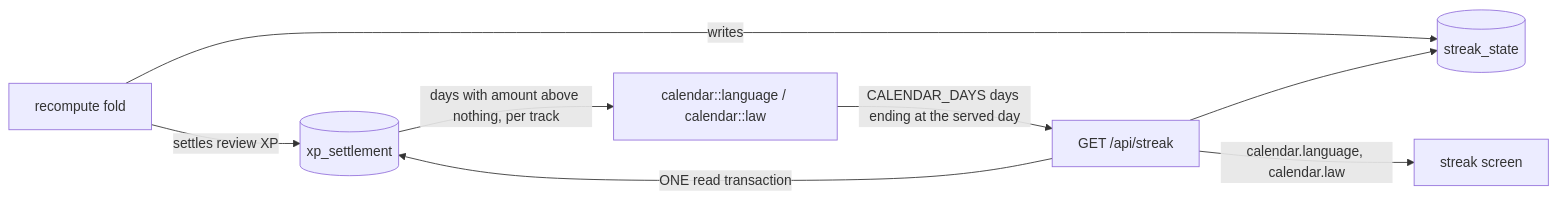
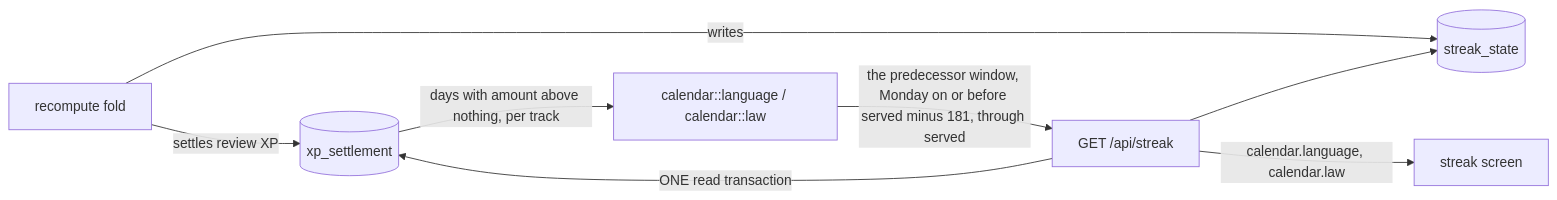
The diagram in docs/schematics/streak-calendar-markers.md (RexRenatus/deck-streak), drawn with Mermaid before and after one commit. The commit also changed other lines of this file and 4 other files, not shown here.

Commit message:
docs(streak): bind the predecessor's window and the law break day

````diff
--- a/docs/schematics/streak-calendar-markers.md
+++ b/docs/schematics/streak-calendar-markers.md
@@ -5,10 +5,10 @@
 ```mermaid
 flowchart LR
   F[recompute fold] -->|settles review XP| X[(xp_settlement)]
   F -->|writes| S[(streak_state)]
   R[GET /api/streak] -->|ONE read transaction| X
   R --> S
   X -->|days with amount above nothing, per track| C[calendar::language / calendar::law]
-  C -->|CALENDAR_DAYS days ending at the served day| R
+  C -->|the predecessor window, Monday on or before served minus 181, through served| R
   R -->|calendar.language, calendar.law| W[streak screen]
 ```
````
